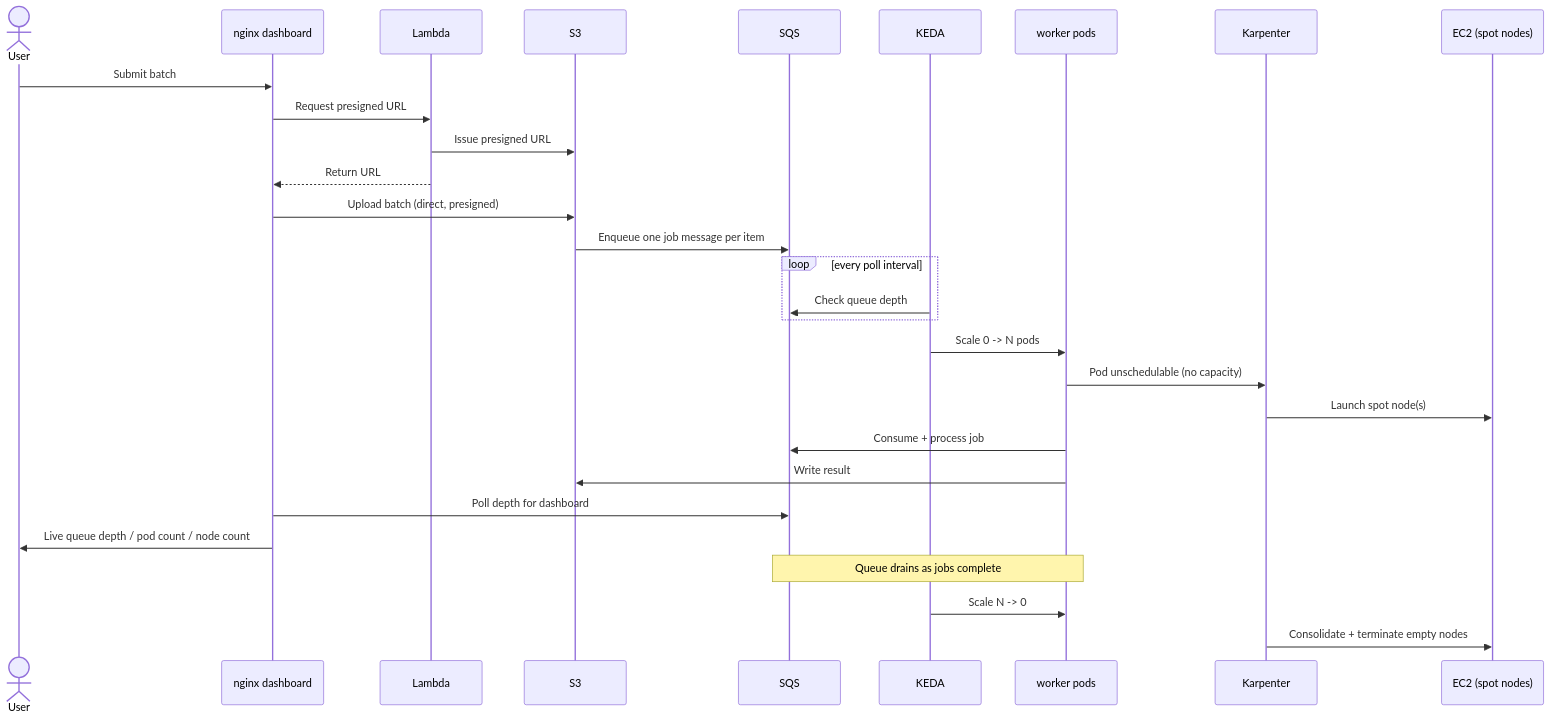
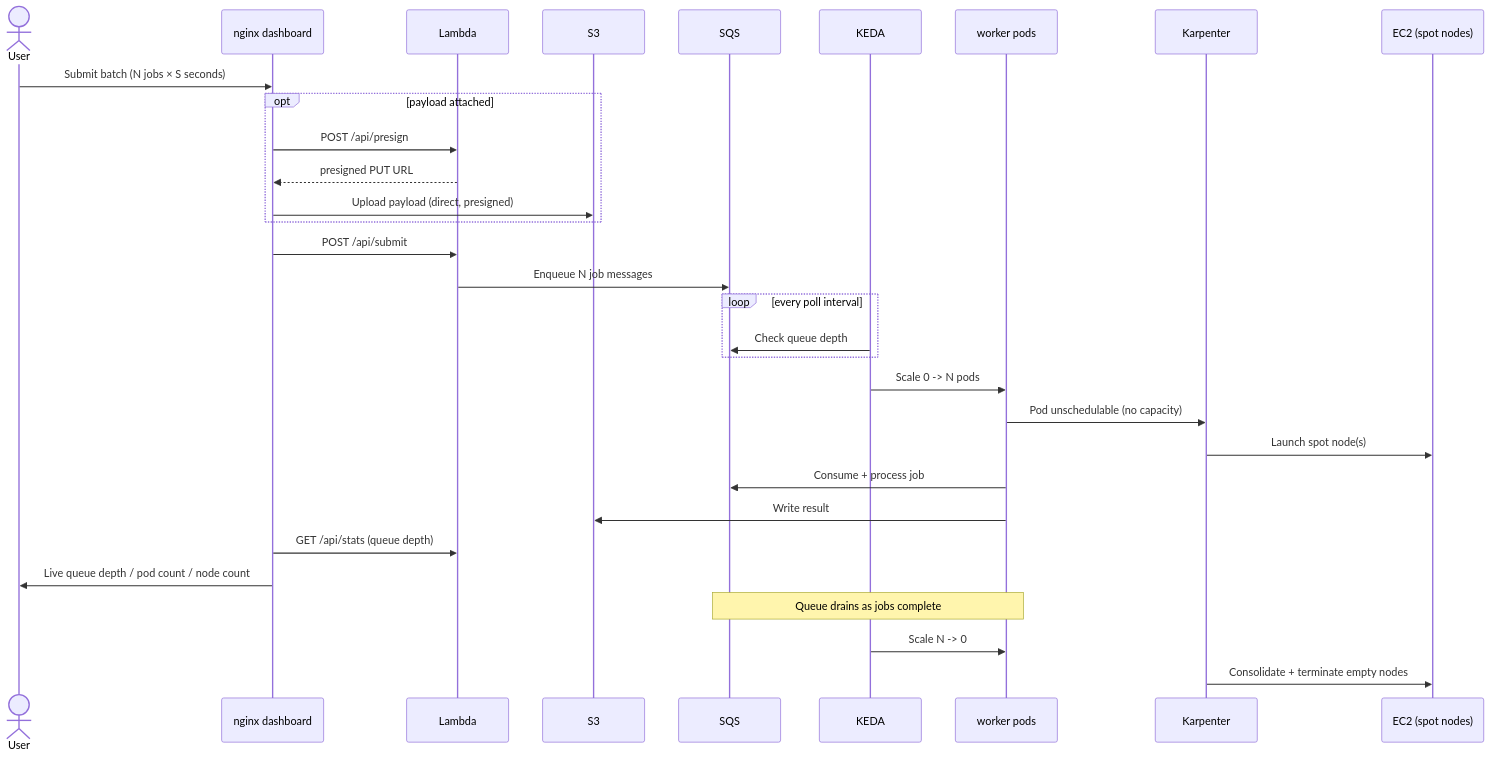
One commit to elveli/eks-event-driven-autoscaling changed the second of 3 diagrams in README.md. Above: the diagram before and after it, drawn with Mermaid. The commit also changed other lines of this file and 25 other files, not shown here.

````diff
--- a/README.md
+++ b/README.md
@@ -95,32 +95,34 @@
 ```mermaid
 sequenceDiagram
     actor User
     participant Web as nginx dashboard
     participant Lambda
     participant S3
     participant SQS
     participant KEDA
     participant Worker as worker pods
     participant Karpenter
     participant EC2 as EC2 (spot nodes)
 
-    User->>Web: Submit batch
-    Web->>Lambda: Request presigned URL
-    Lambda->>S3: Issue presigned URL
-    Lambda-->>Web: Return URL
-    Web->>S3: Upload batch (direct, presigned)
-    S3->>SQS: Enqueue one job message per item
+    User->>Web: Submit batch (N jobs × S seconds)
+    opt payload attached
+        Web->>Lambda: POST /api/presign
+        Lambda-->>Web: presigned PUT URL
+        Web->>S3: Upload payload (direct, presigned)
+    end
+    Web->>Lambda: POST /api/submit
+    Lambda->>SQS: Enqueue N job messages
     loop every poll interval
         KEDA->>SQS: Check queue depth
     end
     KEDA->>Worker: Scale 0 -> N pods
     Worker->>Karpenter: Pod unschedulable (no capacity)
     Karpenter->>EC2: Launch spot node(s)
     Worker->>SQS: Consume + process job
     Worker->>S3: Write result
-    Web->>SQS: Poll depth for dashboard
+    Web->>Lambda: GET /api/stats (queue depth)
     Web->>User: Live queue depth / pod count / node count
     Note over SQS,Worker: Queue drains as jobs complete
     KEDA->>Worker: Scale N -> 0
     Karpenter->>EC2: Consolidate + terminate empty nodes
 ```
````
